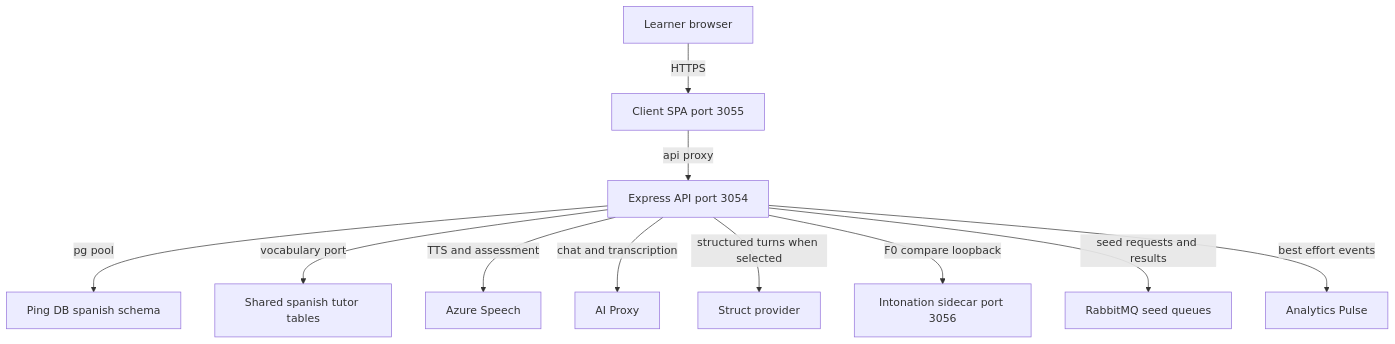
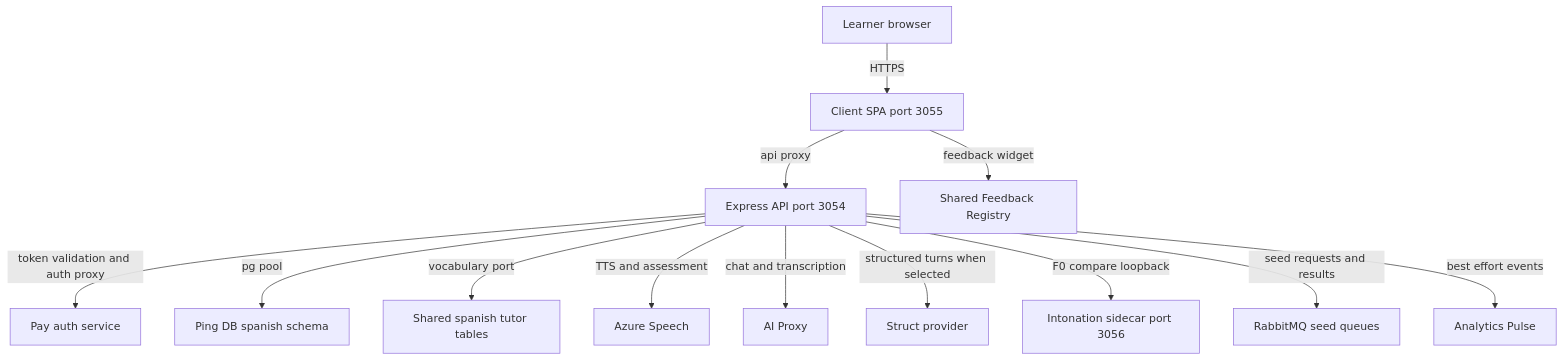
The diagram in content/repos/Jeffrey-Keyser-spanish-studio/Architecture.md (Jeffrey-Keyser/project-wiki), drawn with Mermaid before and after one commit. The commit also changed other lines of this file and 3 other files, not shown here.

````diff
--- a/content/repos/Jeffrey-Keyser-spanish-studio/Architecture.md
+++ b/content/repos/Jeffrey-Keyser-spanish-studio/Architecture.md
@@ -29,24 +32,28 @@
 ```mermaid
 flowchart TD
   learner["Learner browser"]
   client["Client SPA port 3055"]
   server["Express API port 3054"]
   sidecar["Intonation sidecar port 3056"]
   db["Ping DB spanish schema"]
   tutor["Shared spanish tutor tables"]
   azure["Azure Speech"]
   aiproxy["AI Proxy"]
   struct["Struct provider"]
   mq["RabbitMQ seed queues"]
   pulse["Analytics Pulse"]
+  pay["Pay auth service"]
+  feedback["Shared Feedback Registry"]
   learner -->|"HTTPS"| client
   client -->|"api proxy"| server
+  client -->|"feedback widget"| feedback
+  server -->|"token validation and auth proxy"| pay
   server -->|"pg pool"| db
   server -->|"vocabulary port"| tutor
   server -->|"TTS and assessment"| azure
   server -->|"chat and transcription"| aiproxy
   server -->|"structured turns when selected"| struct
   server -->|"F0 compare loopback"| sidecar
   server -->|"seed requests and results"| mq
   server -->|"best effort events"| pulse
 ```
````
